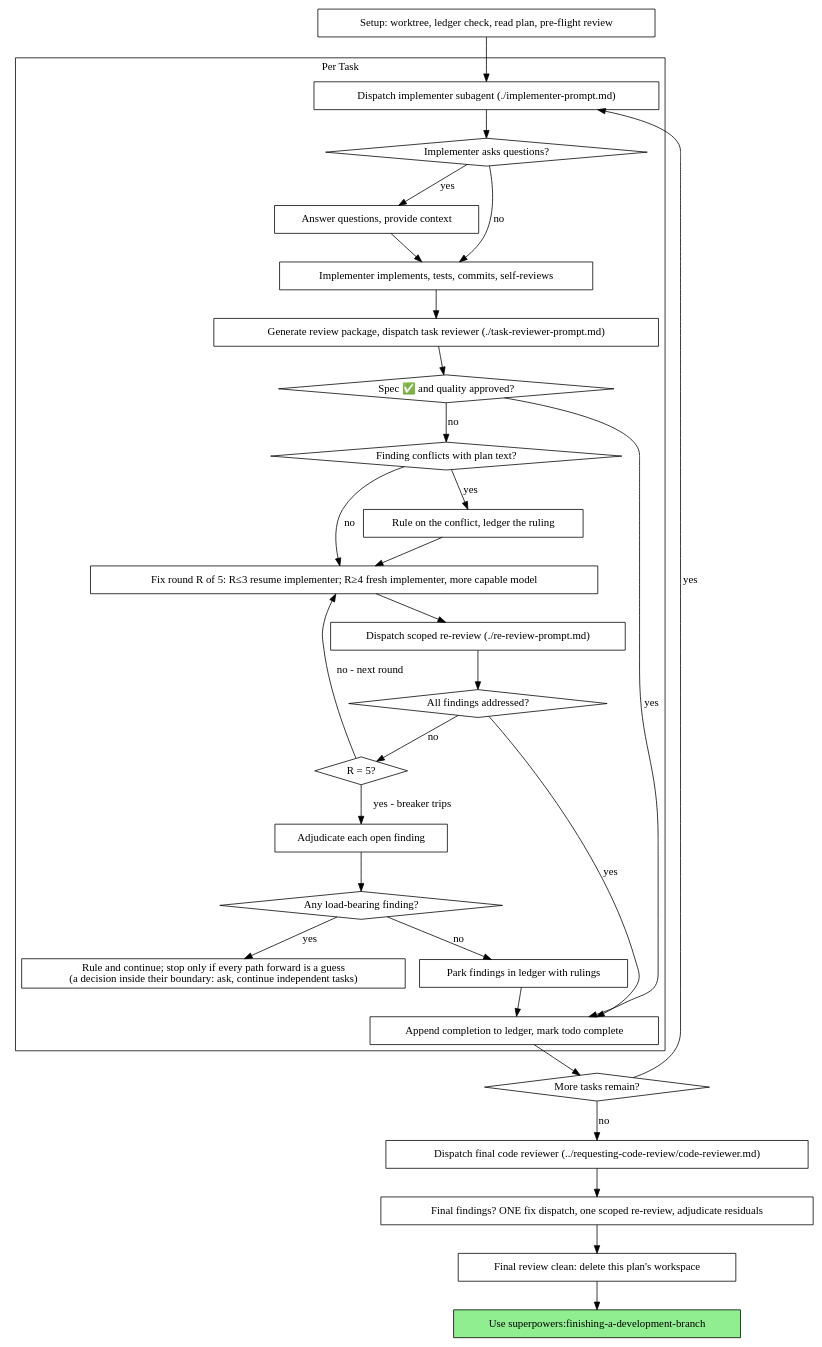
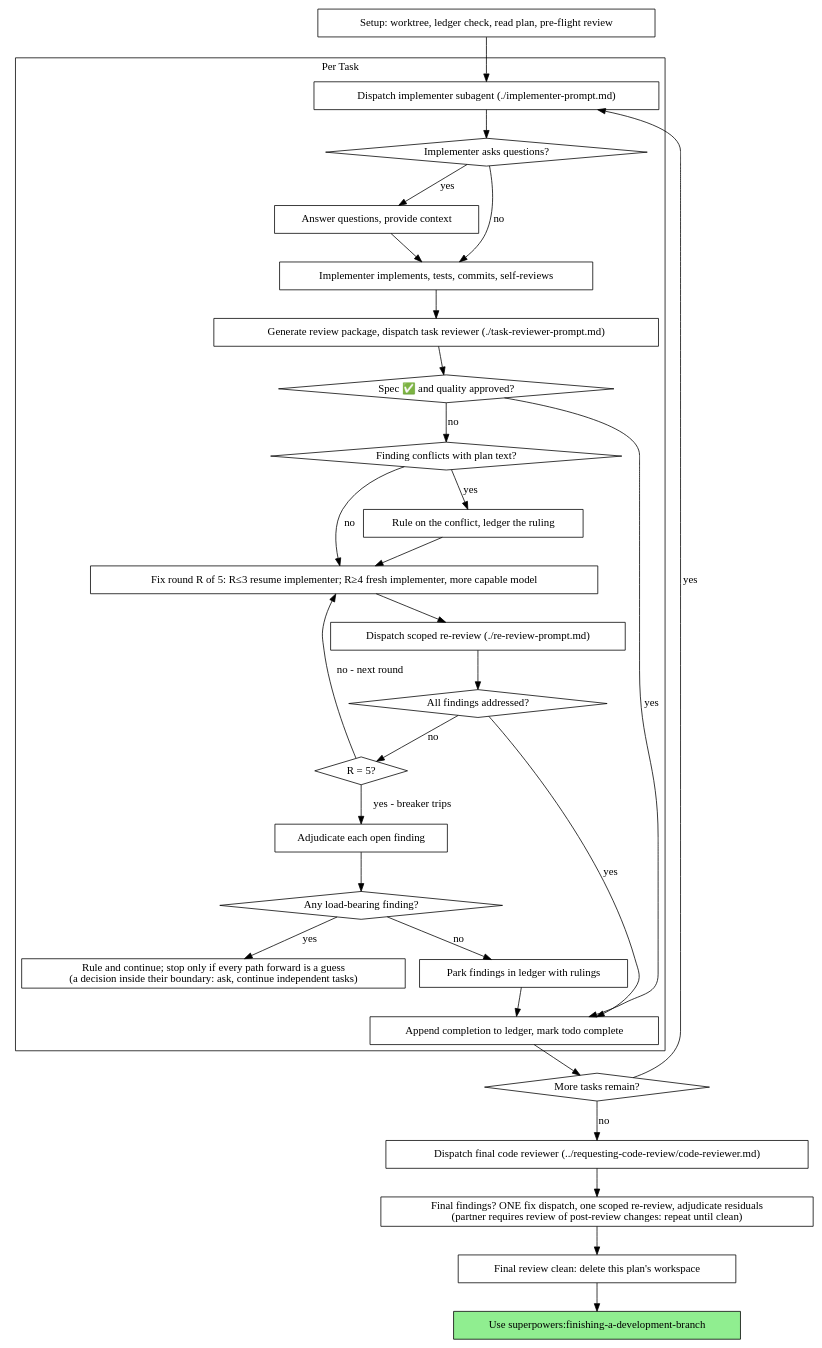
The second of 2 diagrams in skills/subagent-driven-development/SKILL.md (alkontv/superpowers), drawn with Graphviz before and after one commit. The commit also changed other lines of this file and 3 other files, not shown here.

````diff
--- a/skills/subagent-driven-development/SKILL.md
+++ b/skills/subagent-driven-development/SKILL.md
@@ -67,62 +67,62 @@
 ```dot
 digraph process {
     rankdir=TB;
 
     subgraph cluster_per_task {
         label="Per Task";
         "Dispatch implementer subagent (./implementer-prompt.md)" [shape=box];
         "Implementer asks questions?" [shape=diamond];
         "Answer questions, provide context" [shape=box];
         "Implementer implements, tests, commits, self-reviews" [shape=box];
         "Generate review package, dispatch task reviewer (./task-reviewer-prompt.md)" [shape=box];
         "Spec ✅ and quality approved?" [shape=diamond];
         "Finding conflicts with plan text?" [shape=diamond];
         "Rule on the conflict, ledger the ruling" [shape=box];
         "Fix round R of 5: R≤3 resume implementer; R≥4 fresh implementer, more capable model" [shape=box];
         "Dispatch scoped re-review (./re-review-prompt.md)" [shape=box];
         "All findings addressed?" [shape=diamond];
         "R = 5?" [shape=diamond];
         "Adjudicate each open finding" [shape=box];
         "Any load-bearing finding?" [shape=diamond];
         "Rule and continue; stop only if every path forward is a guess\n(a decision inside their boundary: ask, continue independent tasks)" [shape=box];
         "Park findings in ledger with rulings" [shape=box];
         "Append completion to ledger, mark todo complete" [shape=box];
     }
 
     "Setup: worktree, ledger check, read plan, pre-flight review" [shape=box];
     "More tasks remain?" [shape=diamond];
     "Dispatch final code reviewer (../requesting-code-review/code-reviewer.md)" [shape=box];
-    "Final findings? ONE fix dispatch, one scoped re-review, adjudicate residuals" [shape=box];
+    "Final findings? ONE fix dispatch, one scoped re-review, adjudicate residuals\n(partner requires review of post-review changes: repeat until clean)" [shape=box];
     "Final review clean: delete this plan's workspace" [shape=box];
     "Use superpowers:finishing-a-development-branch" [shape=box style=filled fillcolor=lightgreen];
 
     "Setup: worktree, ledger check, read plan, pre-flight review" -> "Dispatch implementer subagent (./implementer-prompt.md)";
     "Dispatch implementer subagent (./implementer-prompt.md)" -> "Implementer asks questions?";
     "Implementer asks questions?" -> "Answer questions, provide context" [label="yes"];
     "Answer questions, provide context" -> "Implementer implements, tests, commits, self-reviews";
     "Implementer asks questions?" -> "Implementer implements, tests, commits, self-reviews" [label="no"];
     "Implementer implements, tests, commits, self-reviews" -> "Generate review package, dispatch task reviewer (./task-reviewer-prompt.md)";
     "Generate review package, dispatch task reviewer (./task-reviewer-prompt.md)" -> "Spec ✅ and quality approved?";
     "Spec ✅ and quality approved?" -> "Append completion to ledger, mark todo complete" [label="yes"];
     "Spec ✅ and quality approved?" -> "Finding conflicts with plan text?" [label="no"];
     "Finding conflicts with plan text?" -> "Rule on the conflict, ledger the ruling" [label="yes"];
     "Rule on the conflict, ledger the ruling" -> "Fix round R of 5: R≤3 resume implementer; R≥4 fresh implementer, more capable model";
     "Finding conflicts with plan text?" -> "Fix round R of 5: R≤3 resume implementer; R≥4 fresh implementer, more capable model" [label="no"];
     "Fix round R of 5: R≤3 resume implementer; R≥4 fresh implementer, more capable model" -> "Dispatch scoped re-review (./re-review-prompt.md)";
     "Dispatch scoped re-review (./re-review-prompt.md)" -> "All findings addressed?";
     "All findings addressed?" -> "Append completion to ledger, mark todo complete" [label="yes"];
     "All findings addressed?" -> "R = 5?" [label="no"];
     "R = 5?" -> "Fix round R of 5: R≤3 resume implementer; R≥4 fresh implementer, more capable model" [label="no - next round"];
     "R = 5?" -> "Adjudicate each open finding" [label="yes - breaker trips"];
     "Adjudicate each open finding" -> "Any load-bearing finding?";
     "Any load-bearing finding?" -> "Rule and continue; stop only if every path forward is a guess\n(a decision inside their boundary: ask, continue independent tasks)" [label="yes"];
     "Any load-bearing finding?" -> "Park findings in ledger with rulings" [label="no"];
     "Park findings in ledger with rulings" -> "Append completion to ledger, mark todo complete";
     "Append completion to ledger, mark todo complete" -> "More tasks remain?";
     "More tasks remain?" -> "Dispatch implementer subagent (./implementer-prompt.md)" [label="yes"];
     "More tasks remain?" -> "Dispatch final code reviewer (../requesting-code-review/code-reviewer.md)" [label="no"];
-    "Dispatch final code reviewer (../requesting-code-review/code-reviewer.md)" -> "Final findings? ONE fix dispatch, one scoped re-review, adjudicate residuals";
-    "Final findings? ONE fix dispatch, one scoped re-review, adjudicate residuals" -> "Final review clean: delete this plan's workspace";
+    "Dispatch final code reviewer (../requesting-code-review/code-reviewer.md)" -> "Final findings? ONE fix dispatch, one scoped re-review, adjudicate residuals\n(partner requires review of post-review changes: repeat until clean)";
+    "Final findings? ONE fix dispatch, one scoped re-review, adjudicate residuals\n(partner requires review of post-review changes: repeat until clean)" -> "Final review clean: delete this plan's workspace";
     "Final review clean: delete this plan's workspace" -> "Use superpowers:finishing-a-development-branch";
 }
 ```
````
